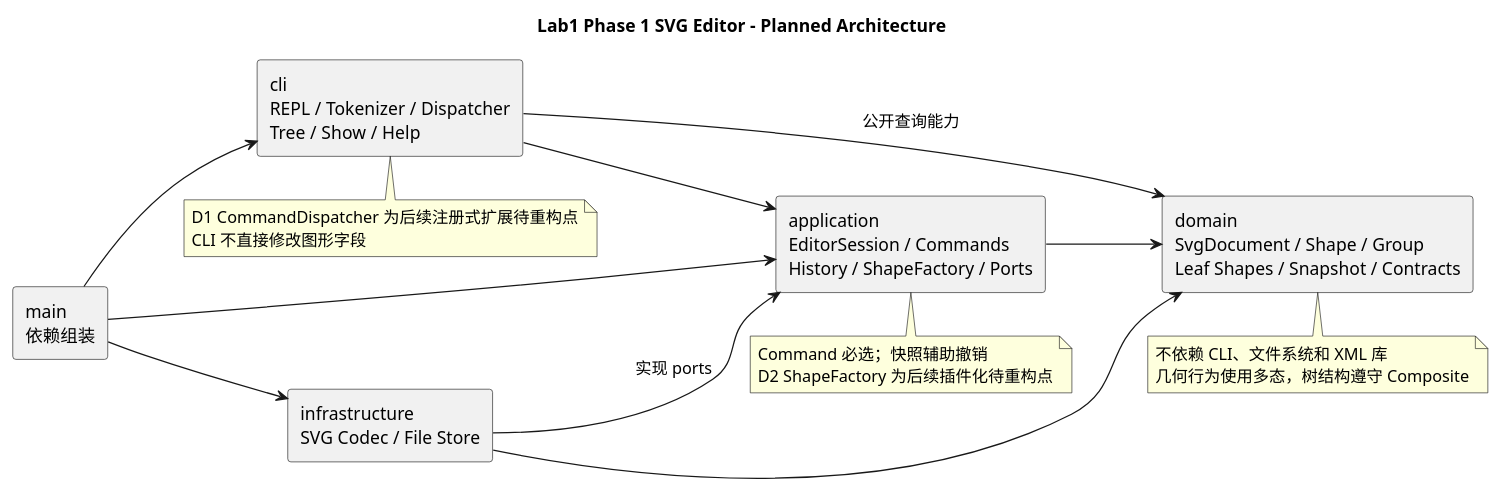
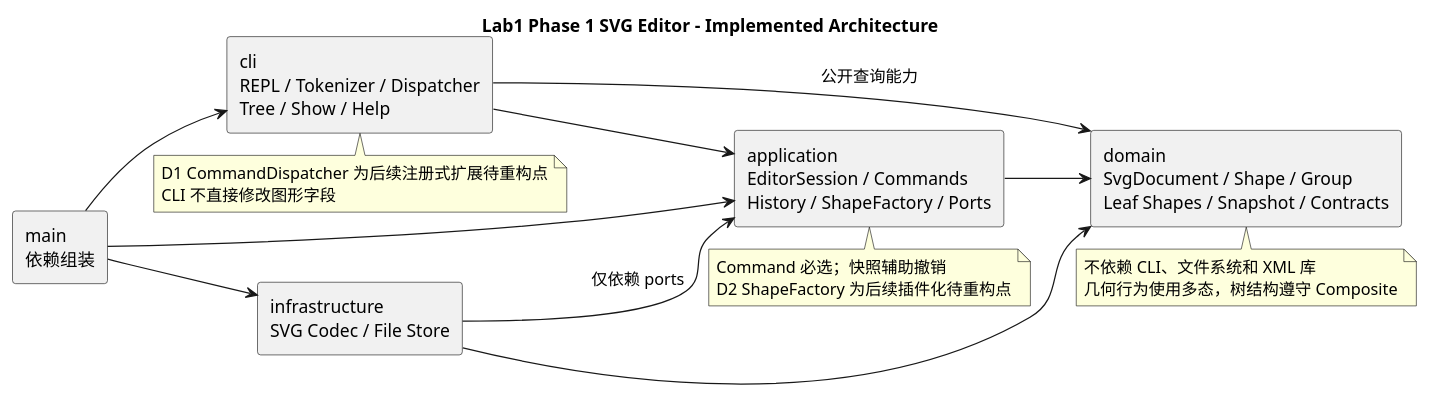
One commit to Tastezz/svg-editor changed the diagram in doc/architecture.puml. Above: the diagram before and after it, drawn with PlantUML. The commit also changed 23 other files, not shown here.

```diff
--- a/doc/architecture.puml
+++ b/doc/architecture.puml
@@ -1,35 +1,36 @@
 @startuml
-title Lab1 Phase 1 SVG Editor - Planned Architecture
+!pragma layout smetana
+title Lab1 Phase 1 SVG Editor - Implemented Architecture
 skinparam componentStyle rectangle
 left to right direction
 
 component "main\n依赖组装" as Main
 component "cli\nREPL / Tokenizer / Dispatcher\nTree / Show / Help" as Cli
 component "application\nEditorSession / Commands\nHistory / ShapeFactory / Ports" as Application
 component "domain\nSvgDocument / Shape / Group\nLeaf Shapes / Snapshot / Contracts" as Domain
 component "infrastructure\nSVG Codec / File Store" as Infrastructure
 
 Main --> Cli
 Main --> Application
 Main --> Infrastructure
 Cli --> Application
 Cli --> Domain : 公开查询能力
 Application --> Domain
-Infrastructure --> Application : 实现 ports
+Infrastructure --> Application : 仅依赖 ports
 Infrastructure --> Domain
 
 note bottom of Domain
 不依赖 CLI、文件系统和 XML 库
 几何行为使用多态，树结构遵守 Composite
 end note
 
 note bottom of Application
 Command 必选；快照辅助撤销
 D2 ShapeFactory 为后续插件化待重构点
 end note
 
 note bottom of Cli
 D1 CommandDispatcher 为后续注册式扩展待重构点
 CLI 不直接修改图形字段
 end note
 @enduml
```
